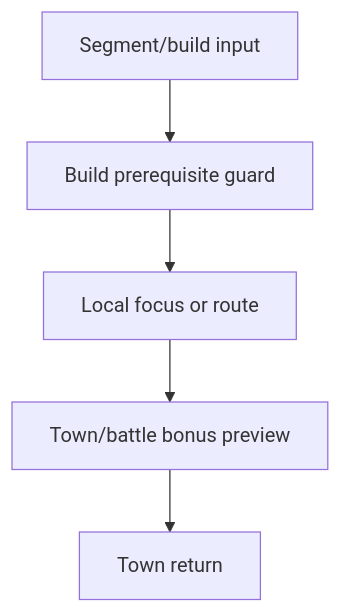
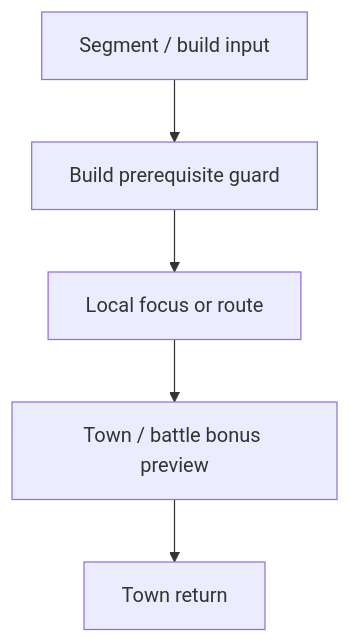
The third of 5 diagrams in docs/architecture/wiki/screens/34-fort-view/architecture.md (SunaNoOshiro/Heroes_Reforged_AI_Realms), drawn with Mermaid before and after one commit. The commit also changed other lines of this file and 518 other files, not shown here.

First line of the commit message:
Add doc-audit skill and sweep architecture/screen docs

````diff
--- a/docs/architecture/wiki/screens/34-fort-view/architecture.md
+++ b/docs/architecture/wiki/screens/34-fort-view/architecture.md
@@ -42,8 +59,8 @@
 ```mermaid
 flowchart TD
-  I0["Segment/build input"] --> I1
+  I0["Segment / build input"] --> I1
   I1["Build prerequisite guard"] --> I2
   I2["Local focus or route"] --> I3
-  I3["Town/battle bonus preview"] --> I4
+  I3["Town / battle bonus preview"] --> I4
   I4["Town return"]
 ```
````
